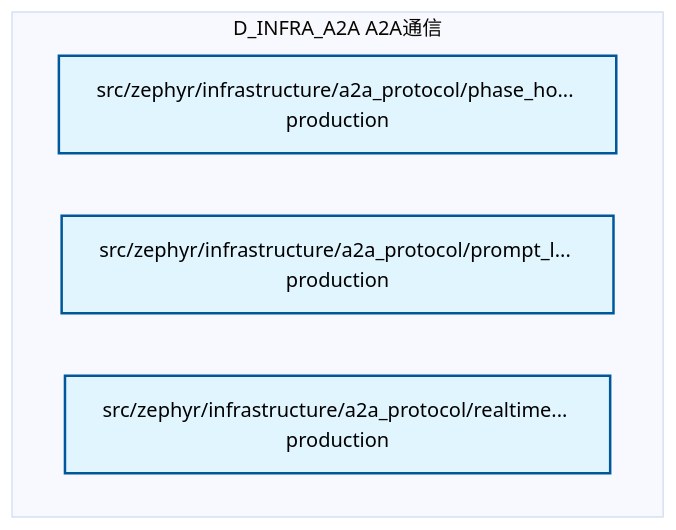
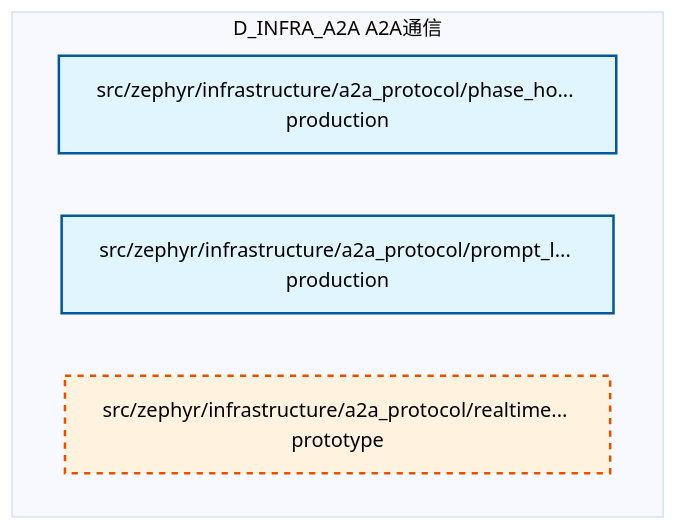
The fourth of 4 diagrams in docs/02_enterprise_architecture/02_domain_architecture_docs/01_d_infra_a2a.md (xuanFelixVan/ZephyrAlpha), drawn with Mermaid (base theme) before and after one commit. The commit also changed other lines of this file and 105 other files, not shown here.

````diff
--- a/docs/02_enterprise_architecture/02_domain_architecture_docs/01_d_infra_a2a.md
+++ b/docs/02_enterprise_architecture/02_domain_architecture_docs/01_d_infra_a2a.md
@@ -287,13 +289,14 @@
 ```mermaid
 graph TD
     subgraph D_INFRA_A2A["D_INFRA_A2A A2A通信"]
         src_zephyr_infrastructure_a2a_protocol_phase_hold_py["src/zephyr/infrastructure/a2a_protocol/phase_ho... production"]
         src_zephyr_infrastructure_a2a_protocol_prompt_lifecycle_py["src/zephyr/infrastructure/a2a_protocol/prompt_l... production"]
-        src_zephyr_infrastructure_a2a_protocol_realtime_streaming_py["src/zephyr/infrastructure/a2a_protocol/realtime... production"]
+        src_zephyr_infrastructure_a2a_protocol_realtime_streaming_py["src/zephyr/infrastructure/a2a_protocol/realtime... prototype"]
     end
     classDef production fill:#e1f5fe,stroke:#01579b,stroke-width:2px,color:#000
     classDef design fill:#fff3e0,stroke:#e65100,stroke-width:2px,color:#000,stroke-dasharray: 5 5
     classDef external_prod fill:#e8f5e9,stroke:#1b5e20,stroke-width:1px,color:#000
     classDef external_design fill:#fce4ec,stroke:#880e4f,stroke-width:1px,color:#000,stroke-dasharray: 5 5
-    class src_zephyr_infrastructure_a2a_protocol_phase_hold_py,src_zephyr_infrastructure_a2a_protocol_prompt_lifecycle_py,src_zephyr_infrastructure_a2a_protocol_realtime_streaming_py production
+    class src_zephyr_infrastructure_a2a_protocol_phase_hold_py,src_zephyr_infrastructure_a2a_protocol_prompt_lifecycle_py production
+    class src_zephyr_infrastructure_a2a_protocol_realtime_streaming_py design
 ```
````
